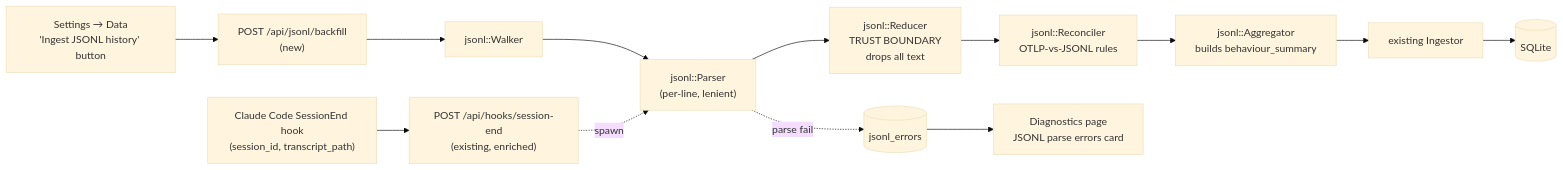
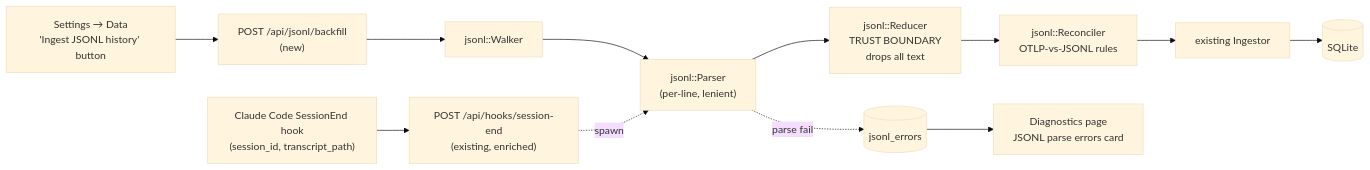
Before and after one commit to satish-krishna/andon: the diagram in docs/superpowers/specs/2026-05-19-jsonl-behavioural-ingest-design.md, drawn with Mermaid (base theme). The commit also changed other lines of this file and 1 other file, not shown here.

First line of the commit message:
refactor(jsonl): cut spec and plan to Plan C scope

````diff
--- a/docs/superpowers/specs/2026-05-19-jsonl-behavioural-ingest-design.md
+++ b/docs/superpowers/specs/2026-05-19-jsonl-behavioural-ingest-design.md
@@ -43,21 +57,20 @@
 ```mermaid
 flowchart LR
     Backfill["Settings → Data<br/>'Ingest JSONL history' button"]
     Hook["Claude Code SessionEnd hook<br/>(session_id, transcript_path)"]
     APIb["POST /api/jsonl/backfill<br/>(new)"]
     APIs["POST /api/hooks/session-end<br/>(existing, enriched)"]
     Walker["jsonl::Walker"]
     Parser["jsonl::Parser<br/>(per-line, lenient)"]
     Reducer["jsonl::Reducer<br/>TRUST BOUNDARY<br/>drops all text"]
     Recon["jsonl::Reconciler<br/>OTLP-vs-JSONL rules"]
-    Aggr["jsonl::Aggregator<br/>builds behaviour_summary"]
     Ingestor["existing Ingestor"]
     DB[("SQLite")]
     Errors[("jsonl_errors")]
     Diag["Diagnostics page<br/>JSONL parse errors card"]
 
     Backfill --> APIb --> Walker --> Parser
     Hook --> APIs -.->|spawn| Parser
-    Parser --> Reducer --> Recon --> Aggr --> Ingestor --> DB
+    Parser --> Reducer --> Recon --> Ingestor --> DB
     Parser -.->|parse fail| Errors --> Diag
 ```
````
